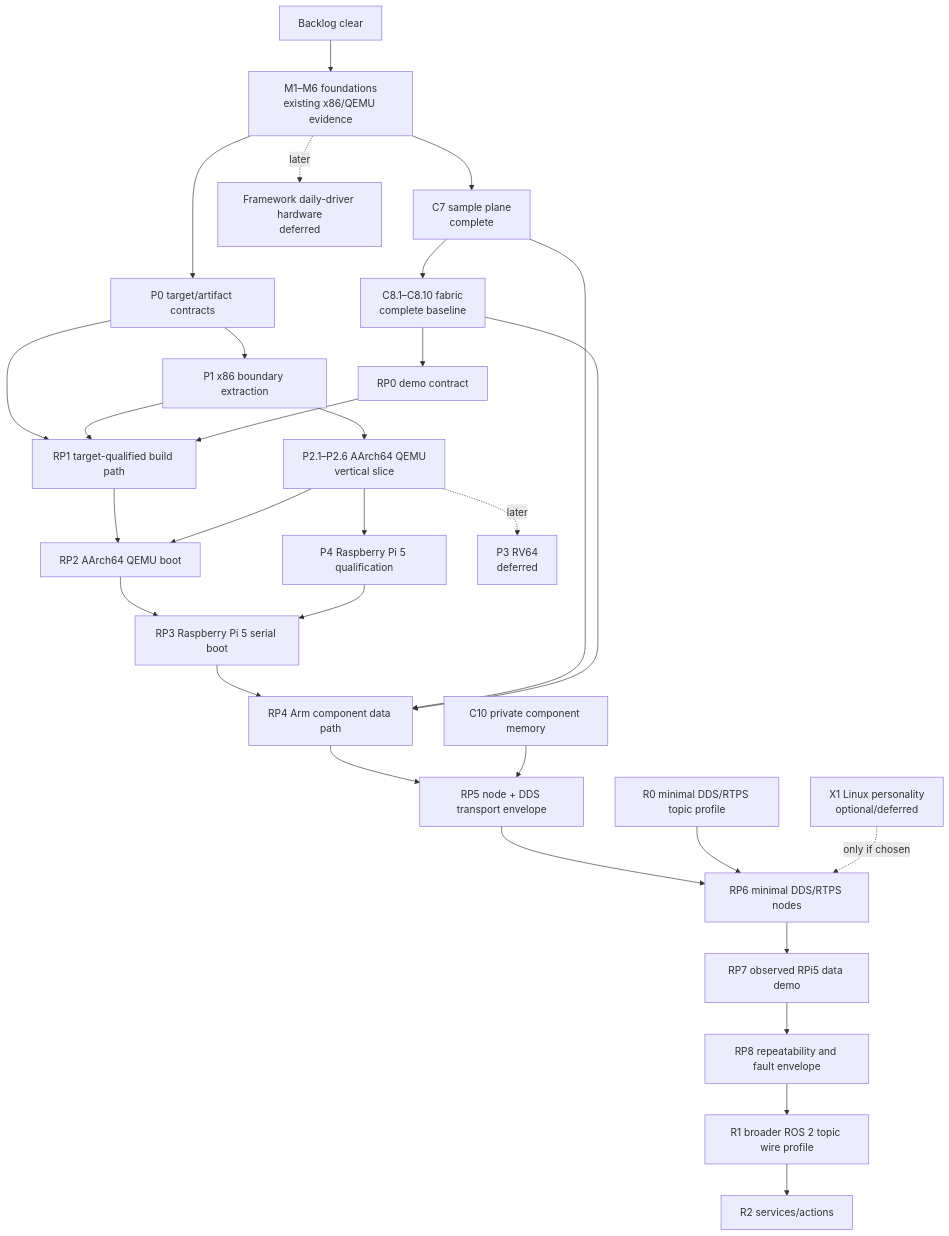
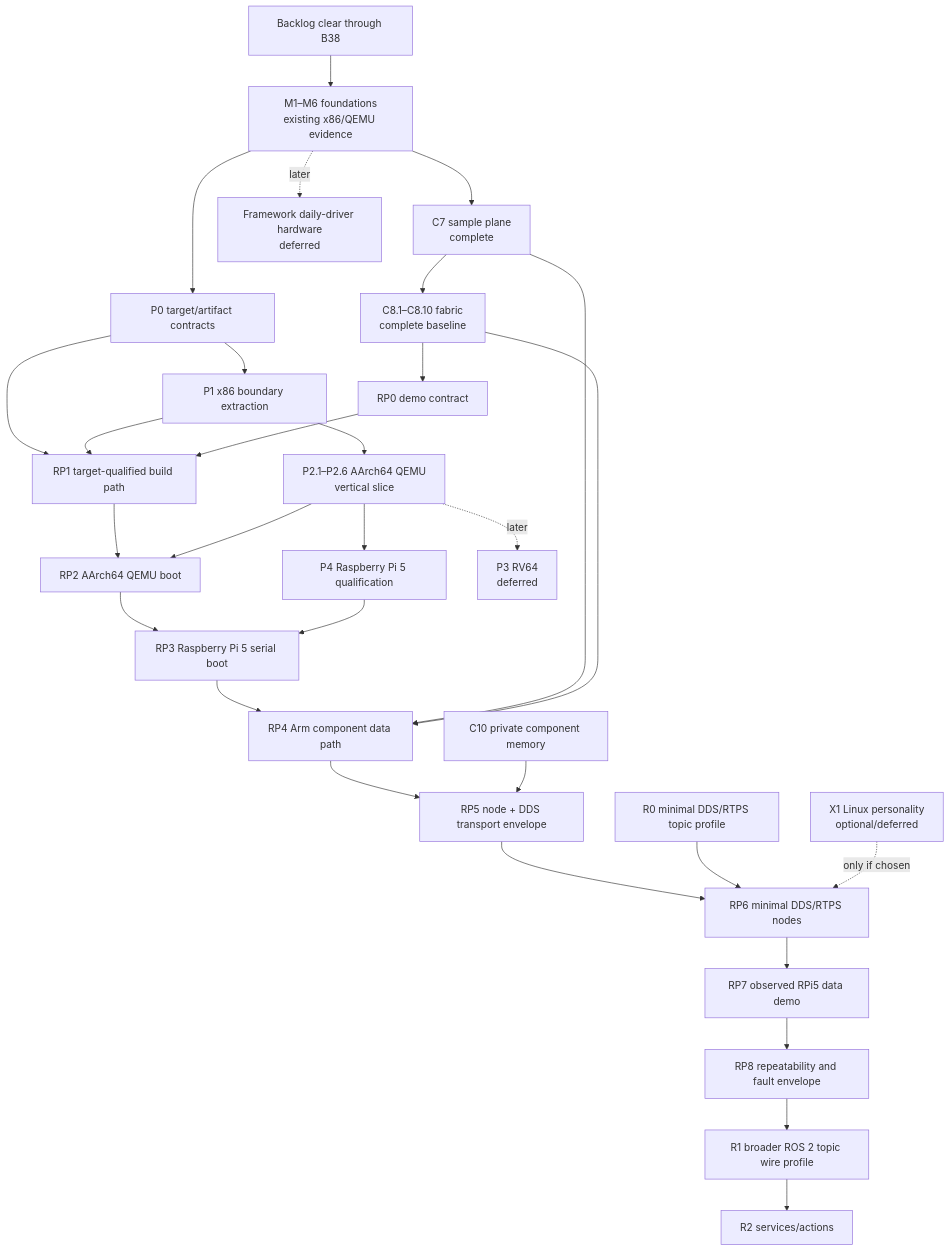
The diagram in roadmap/README.md (iceice666/slime_os), drawn with Mermaid before and after one commit. The commit also changed other lines of this file and 74 other files, not shown here.

````diff
--- a/roadmap/README.md
+++ b/roadmap/README.md
@@ -44,45 +44,45 @@
 ```mermaid
 flowchart TD
-    Backlog["Backlog clear"]
+    Backlog["Backlog clear through B38"]
     Foundations["M1–M6 foundations\nexisting x86/QEMU evidence"]
     C7["C7 sample plane\ncomplete"]
     C8["C8.1–C8.10 fabric\ncomplete baseline"]
     P0["P0 target/artifact contracts"]
     P1["P1 x86 boundary extraction"]
     P2["P2.1–P2.6 AArch64 QEMU\nvertical slice"]
     P4["P4 Raspberry Pi 5 qualification"]
     C10["C10 private component memory"]
     R0["R0 minimal DDS/RTPS topic profile"]
     RP0["RP0 demo contract"]
     RP1["RP1 target-qualified build path"]
     RP2["RP2 AArch64 QEMU boot"]
     RP3["RP3 Raspberry Pi 5 serial boot"]
     RP4["RP4 Arm component data path"]
     RP5["RP5 node + DDS transport envelope"]
     RP6["RP6 minimal DDS/RTPS nodes"]
     RP7["RP7 observed RPi5 data demo"]
     RP8["RP8 repeatability and fault envelope"]
     R1["R1 broader ROS 2 topic wire profile"]
     R2["R2 services/actions"]
     Framework["Framework daily-driver hardware\ndeferred"]
     RV64["P3 RV64\ndeferred"]
     X1["X1 Linux personality\noptional/deferred"]
 
     Backlog --> Foundations
     Foundations --> C7 --> C8
     Foundations --> P0 --> P1 --> P2 --> P4
     C8 --> RP0
     P0 --> RP1
     P1 --> RP1
     RP0 --> RP1 --> RP2 --> RP3 --> RP4 --> RP5 --> RP6 --> RP7 --> RP8
     P2 --> RP2
     P4 --> RP3
     C7 --> RP4
     C8 --> RP4
     C10 --> RP5
     R0 --> RP6
     X1 -.->|only if chosen| RP6
     RP8 --> R1 --> R2
     P2 -.->|later| RV64
     Foundations -.->|later| Framework
 ```
````
